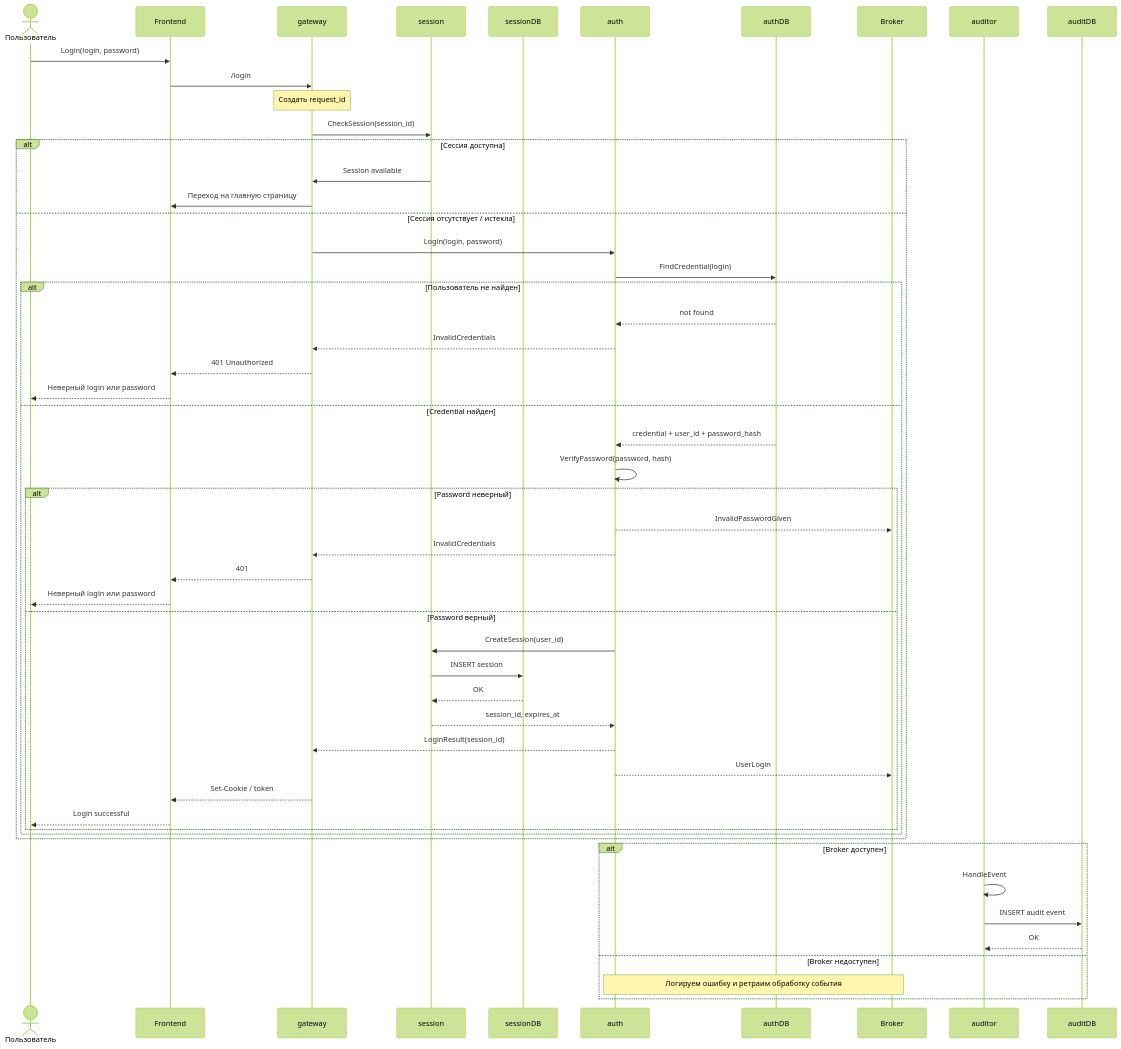
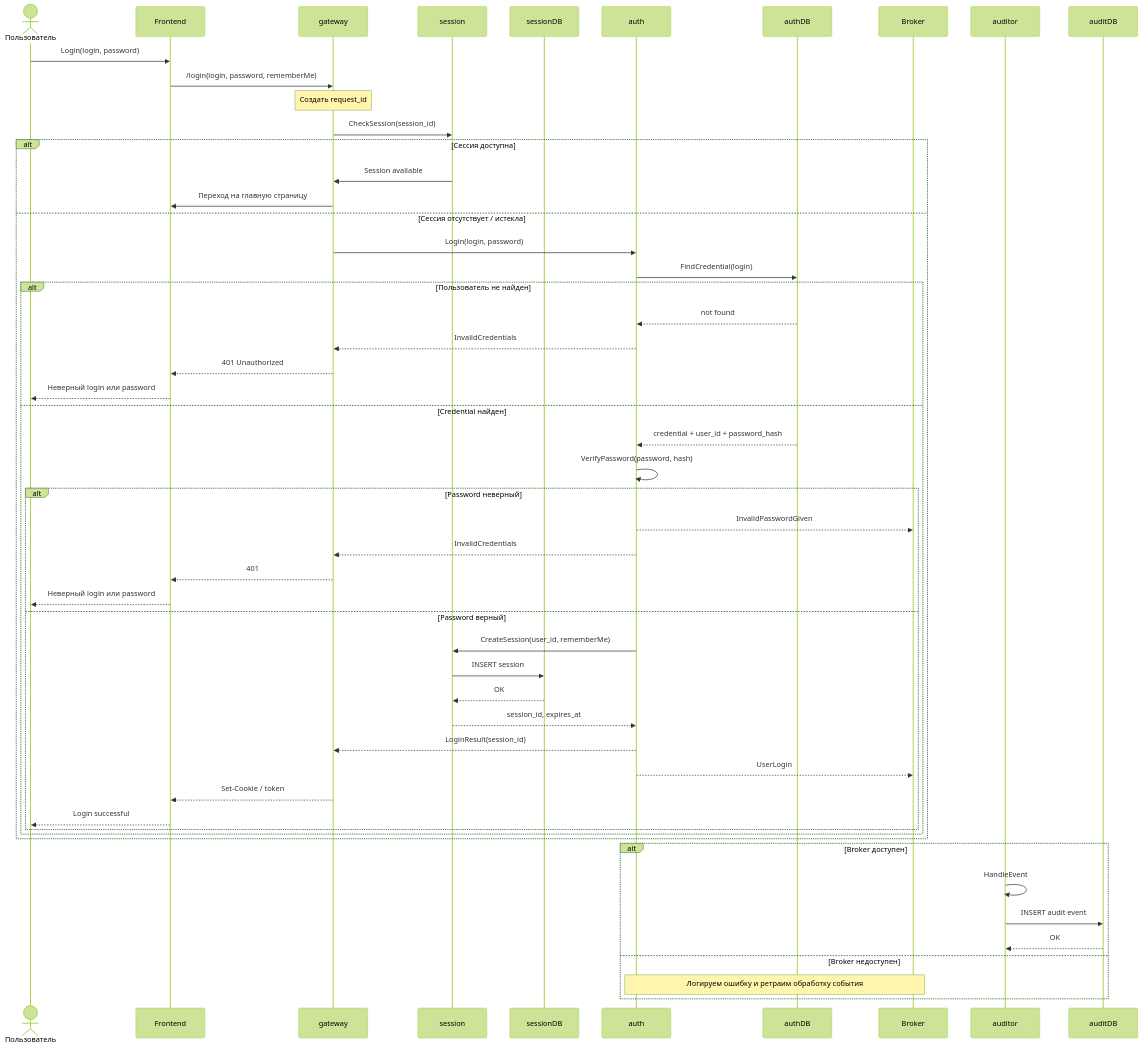
Before and after one commit to Exevald/aura-platform: the second of 4 diagrams in docs/scenarios.md, drawn with Mermaid (forest theme). The commit also changed other lines of this file and 436 other files, not shown here.

````diff
--- a/docs/scenarios.md
+++ b/docs/scenarios.md
@@ -66,60 +72,60 @@
 ```mermaid
 sequenceDiagram
     actor Client as Пользователь
     participant Frontend
     participant Gateway as gateway
     participant Session as session
     participant SessionDB as sessionDB
     participant Auth as auth
     participant AuthDB as authDB
     participant Broker
     participant Auditor as auditor
     participant AuditDB as auditDB
     Client ->> Frontend: Login(login, password)
-    Frontend ->> Gateway: /login
+    Frontend ->> Gateway: /login(login, password, rememberMe)
     Note over Gateway: Создать request_id
     Gateway ->> Session: CheckSession(session_id)
 
     alt Сессия доступна
         Session ->> Gateway: Session available
         Gateway ->> Frontend: Переход на главную страницу
     else Сессия отсутствует / истекла
         Gateway ->> Auth: Login(login, password)
         Auth ->> AuthDB: FindCredential(login)
 
         alt Пользователь не найден
             AuthDB -->> Auth: not found
             Auth -->> Gateway: InvalidCredentials
             Gateway -->> Frontend: 401 Unauthorized
             Frontend -->> Client: Неверный login или password
 
         else Credential найден
             AuthDB -->> Auth: credential + user_id + password_hash
             Auth ->> Auth: VerifyPassword(password, hash)
 
             alt Password неверный
                 Auth -->> Broker: InvalidPasswordGiven
                 Auth -->> Gateway: InvalidCredentials
                 Gateway -->> Frontend: 401
                 Frontend -->> Client: Неверный login или password
 
             else Password верный
-                Auth ->> Session: CreateSession(user_id)
+                Auth ->> Session: CreateSession(user_id, rememberMe)
                 Session ->> SessionDB: INSERT session
                 SessionDB -->> Session: OK
                 Session -->> Auth: session_id, expires_at
                 Auth -->> Gateway: LoginResult(session_id)
                 Auth -->> Broker: UserLogin
                 Gateway -->> Frontend: Set-Cookie / token
                 Frontend -->> Client: Login successful
             end
         end
     end
     alt Broker доступен
         Auditor ->> Auditor: HandleEvent
         Auditor ->> AuditDB: INSERT audit event
         AuditDB -->> Auditor: OK
     else Broker недоступен
         Note over Auth, Broker: Логируем ошибку и ретраим обработку события
     end
 ```
````
